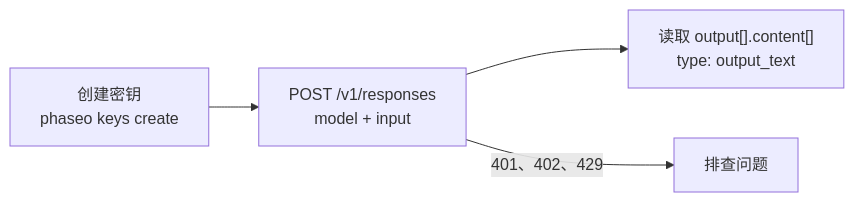
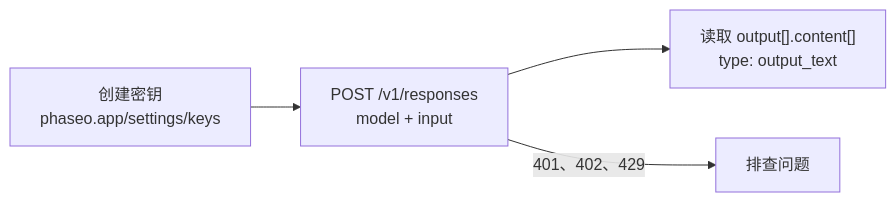
Before and after one commit to phaseoteam/Phaseo: the diagram in apps/docs/zh-Hans/v1/quickstart.mdx, drawn with Mermaid. The commit also changed other lines of this file and 238 other files, not shown here.

````diff
--- a/apps/docs/zh-Hans/v1/quickstart.mdx
+++ b/apps/docs/zh-Hans/v1/quickstart.mdx
@@ -9,6 +9,6 @@
 ```mermaid
 flowchart LR
-  key["创建密钥<br/>phaseo keys create"] --> req["POST /v1/responses<br/>model + input"]
+  key["创建密钥<br/>phaseo.app/settings/keys"] --> req["POST /v1/responses<br/>model + input"]
   req --> read["读取 output[].content[]<br/>type: output_text"]
   req -->|"401、402、429"| fix["排查问题"]
 ```
````
